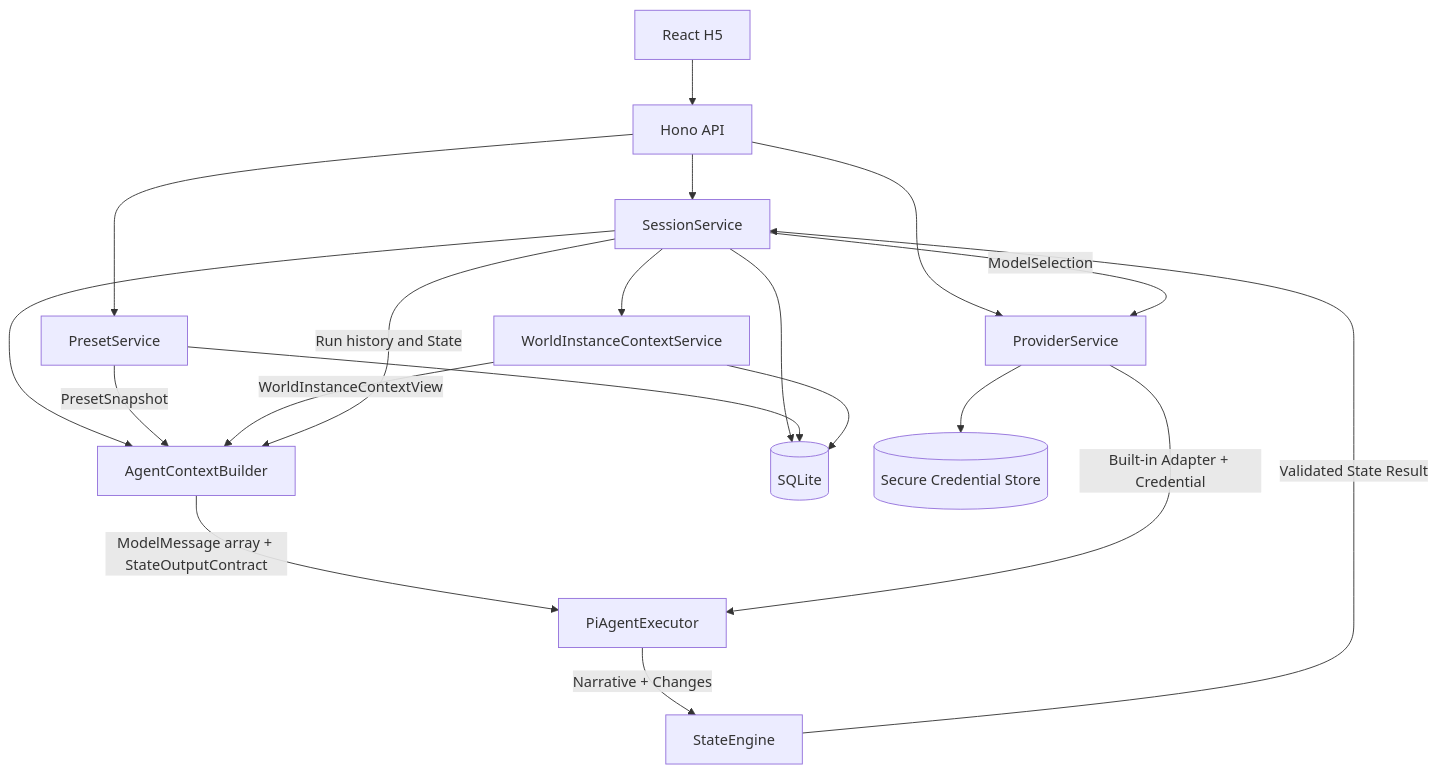
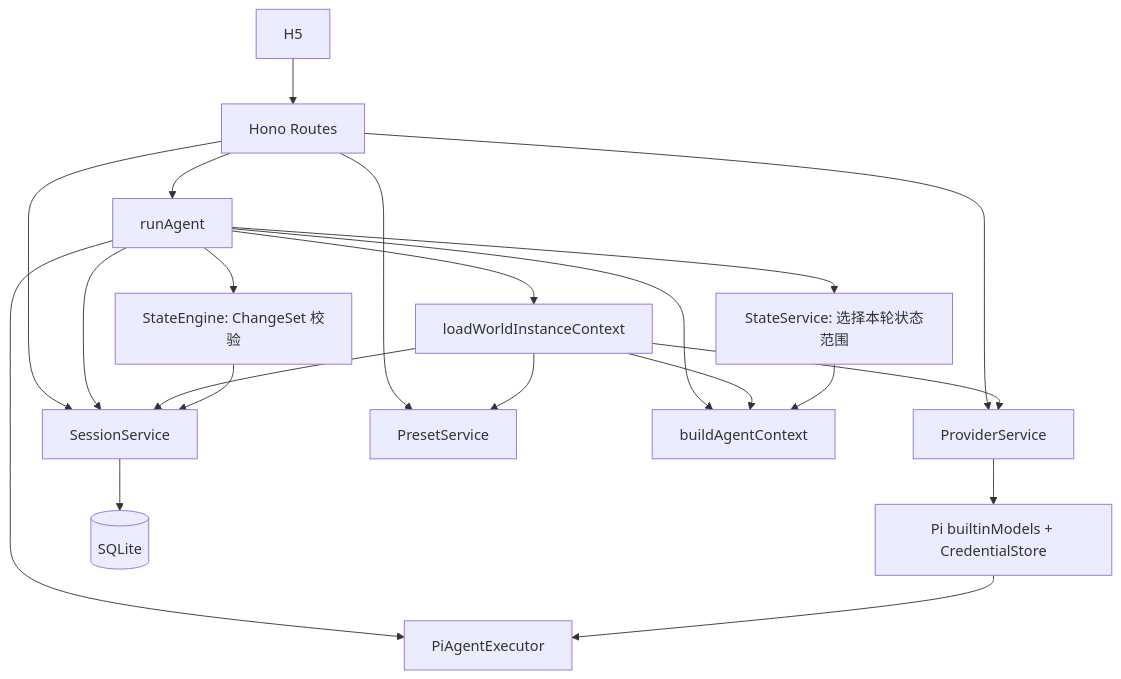
Before and after one commit to huiru-wang/SillyRealms: the first of 2 diagrams in docs/technical/architecture.md, drawn with Mermaid. The commit also changed other lines of this file and 12 other files, not shown here.

Commit message:
docs: 简化 Agent 上下文与 Provider 模型服务设计

```diff
--- a/docs/technical/architecture.md
+++ b/docs/technical/architecture.md
@@ -16,21 +51,23 @@
 ~~~mermaid
 flowchart TD
-  UI[React H5] --> API[Hono API]
-  API --> SessionService
-  API --> PresetService
-  API --> ProviderService
-  SessionService --> WIC[WorldInstanceContextService]
-  SessionService --> AC[AgentContextBuilder]
-  PresetService -->|PresetSnapshot| AC
-  WIC -->|WorldInstanceContextView| AC
-  SessionService -->|Run history and State| AC
-  AC -->|ModelMessage array + StateOutputContract| Executor[PiAgentExecutor]
-  SessionService -->|ModelSelection| ProviderService
-  ProviderService -->|Built-in Adapter + Credential| Executor
-  Executor -->|Narrative + Changes| StateEngine
-  StateEngine -->|Validated State Result| SessionService
-  SessionService --> SQLite[(SQLite)]
-  PresetService --> SQLite
-  WIC --> SQLite
-  ProviderService --> Credentials[(Secure Credential Store)]
+  UI[H5] --> Routes[Hono Routes]
+  Routes --> Session[SessionService]
+  Routes --> Provider[ProviderService]
+  Routes --> Preset[PresetService]
+  Routes --> Runtime[runAgent]
+  Runtime --> Session
+  Runtime --> Meta[loadWorldInstanceContext]
+  Meta --> Session
+  Meta --> Preset
+  Meta --> Provider
+  Runtime --> Scope[StateService: 选择本轮状态范围]
+  Runtime --> Context[buildAgentContext]
+  Meta --> Context
+  Scope --> Context
+  Runtime --> Executor[PiAgentExecutor]
+  Provider --> PiModels[Pi builtinModels + CredentialStore]
+  PiModels --> Executor
+  Runtime --> State[StateEngine: ChangeSet 校验]
+  State --> Session
+  Session --> SQLite[(SQLite)]
 ~~~
```
